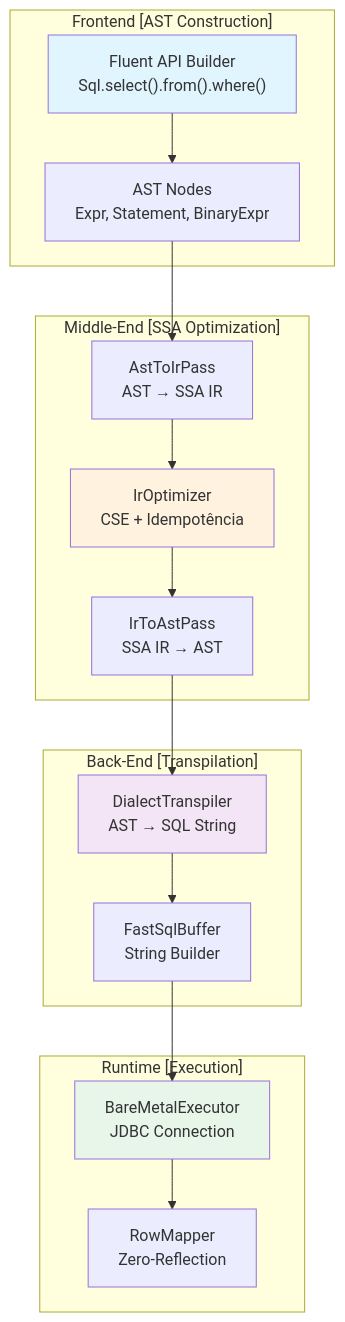
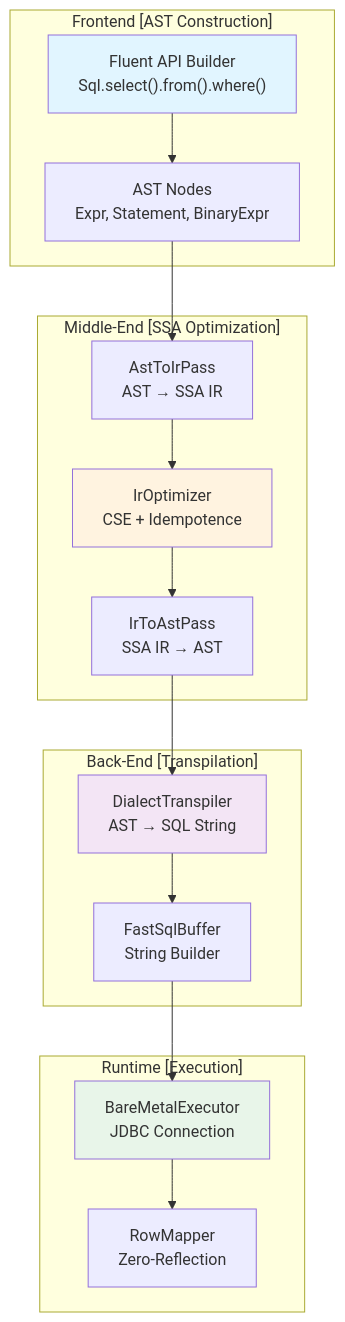
The first of 15 diagrams in DOCUMENTACAO.md (Bare-Sql-Engine/bare-sql-java), drawn with Mermaid before and after one commit. The commit also changed other lines of this file and 1 other file, not shown here.

````diff
--- a/DOCUMENTACAO.md
+++ b/DOCUMENTACAO.md
@@ -31,37 +31,37 @@
 ```mermaid
 graph TB
     subgraph "Frontend [AST Construction]"
         A["Fluent API Builder<br/>Sql.select().from().where()"]
         B["AST Nodes<br/>Expr, Statement, BinaryExpr"]
     end
     
     subgraph "Middle-End [SSA Optimization]"
         C["AstToIrPass<br/>AST → SSA IR"]
-        D["IrOptimizer<br/>CSE + Idempotência"]
+        D["IrOptimizer<br/>CSE + Idempotence"]
         E["IrToAstPass<br/>SSA IR → AST"]
     end
     
     subgraph "Back-End [Transpilation]"
         F["DialectTranspiler<br/>AST → SQL String"]
         G["FastSqlBuffer<br/>String Builder"]
     end
     
     subgraph "Runtime [Execution]"
         H["BareMetalExecutor<br/>JDBC Connection"]
         I["RowMapper<br/>Zero-Reflection"]
     end
     
     A --> B
     B --> C
     C --> D
     D --> E
     E --> F
     F --> G
     G --> H
     H --> I
     
     style A fill:#e1f5ff
     style D fill:#fff3e0
     style F fill:#f3e5f5
     style H fill:#e8f5e9
 ```
````
